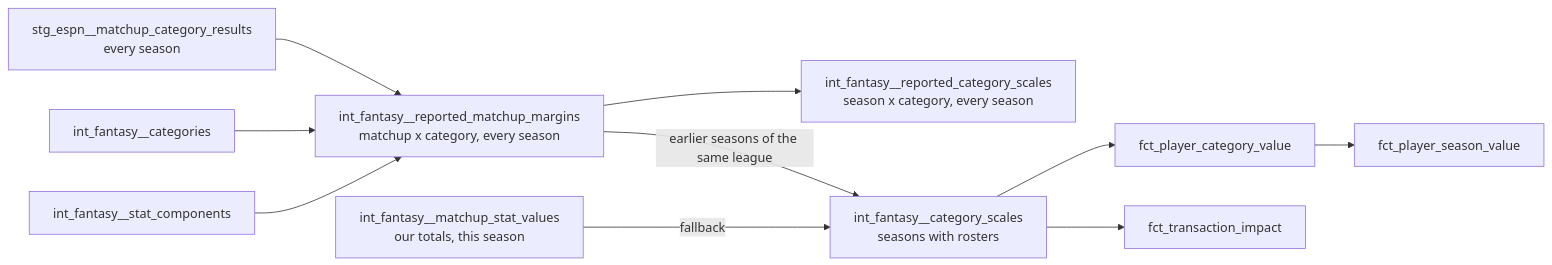
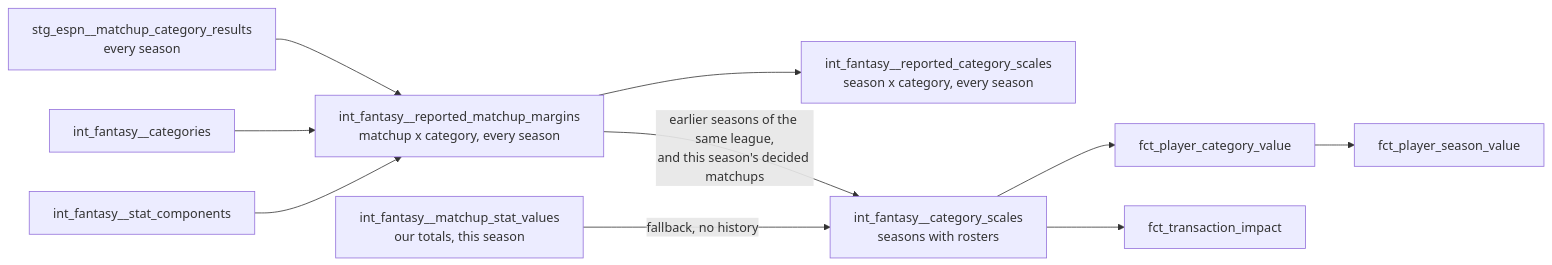
The diagram in docs/specs/0057-category-scales-from-history/design.md (nick-socci/front-office), drawn with Mermaid before and after one commit. The commit also changed other lines of this file and 6 other files, not shown here.

First line of the commit message:
Spec: blend the earlier seasons with the season so far, in place of pooling alone (#57)

````diff
--- a/docs/specs/0057-category-scales-from-history/design.md
+++ b/docs/specs/0057-category-scales-from-history/design.md
@@ -13,12 +14,12 @@
 ```mermaid
 flowchart LR
     R[stg_espn__matchup_category_results<br/>every season] --> M[int_fantasy__reported_matchup_margins<br/>matchup x category, every season]
     C[int_fantasy__categories] --> M
     K[int_fantasy__stat_components] --> M
     M --> RS[int_fantasy__reported_category_scales<br/>season x category, every season]
-    M -->|earlier seasons of the same league| S[int_fantasy__category_scales<br/>seasons with rosters]
-    V[int_fantasy__matchup_stat_values<br/>our totals, this season] -->|fallback| S
+    M -->|earlier seasons of the same league,<br/>and this season's decided matchups| S[int_fantasy__category_scales<br/>seasons with rosters]
+    V[int_fantasy__matchup_stat_values<br/>our totals, this season] -->|fallback, no history| S
     S --> F1[fct_player_category_value]
     S --> F2[fct_transaction_impact]
     F1 --> F3[fct_player_season_value]
 ```
````
